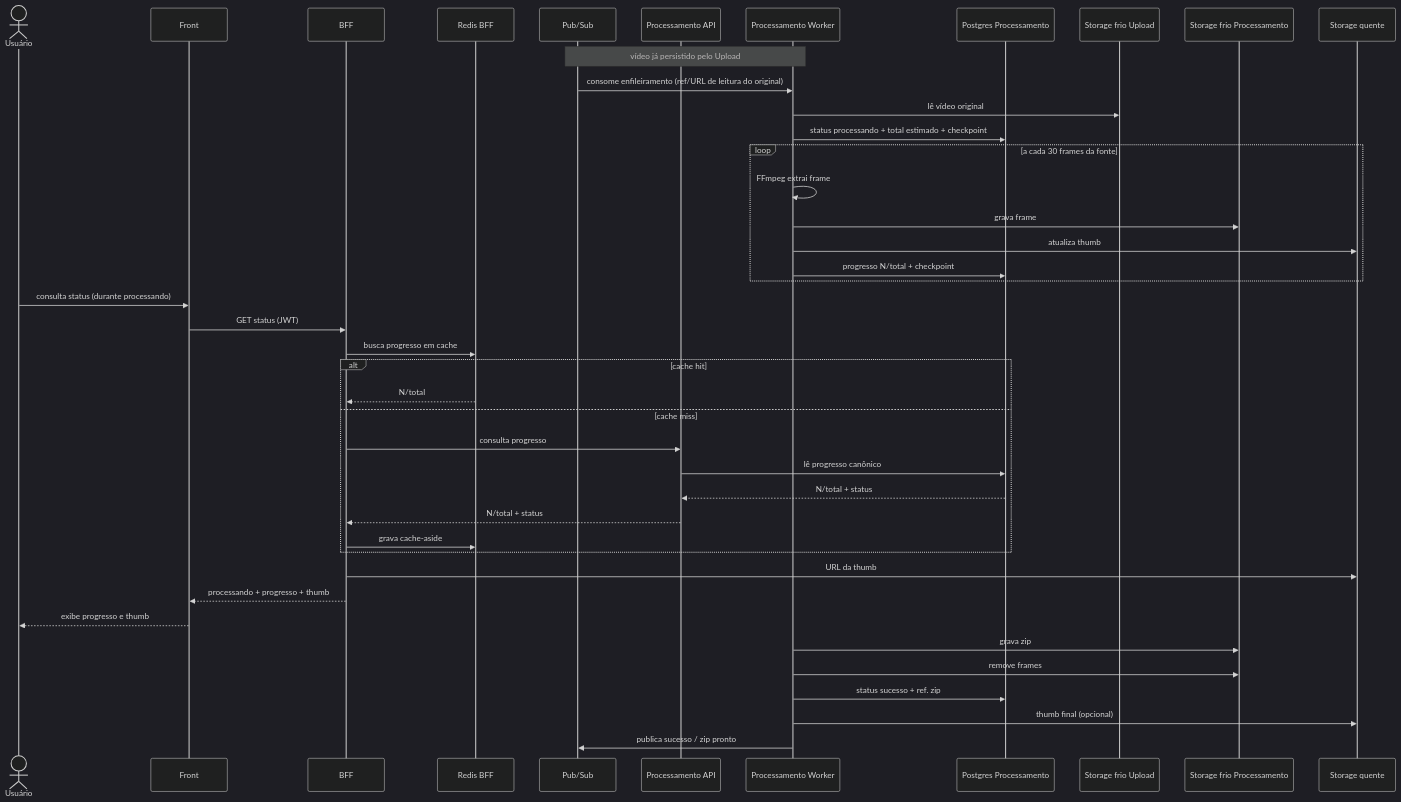
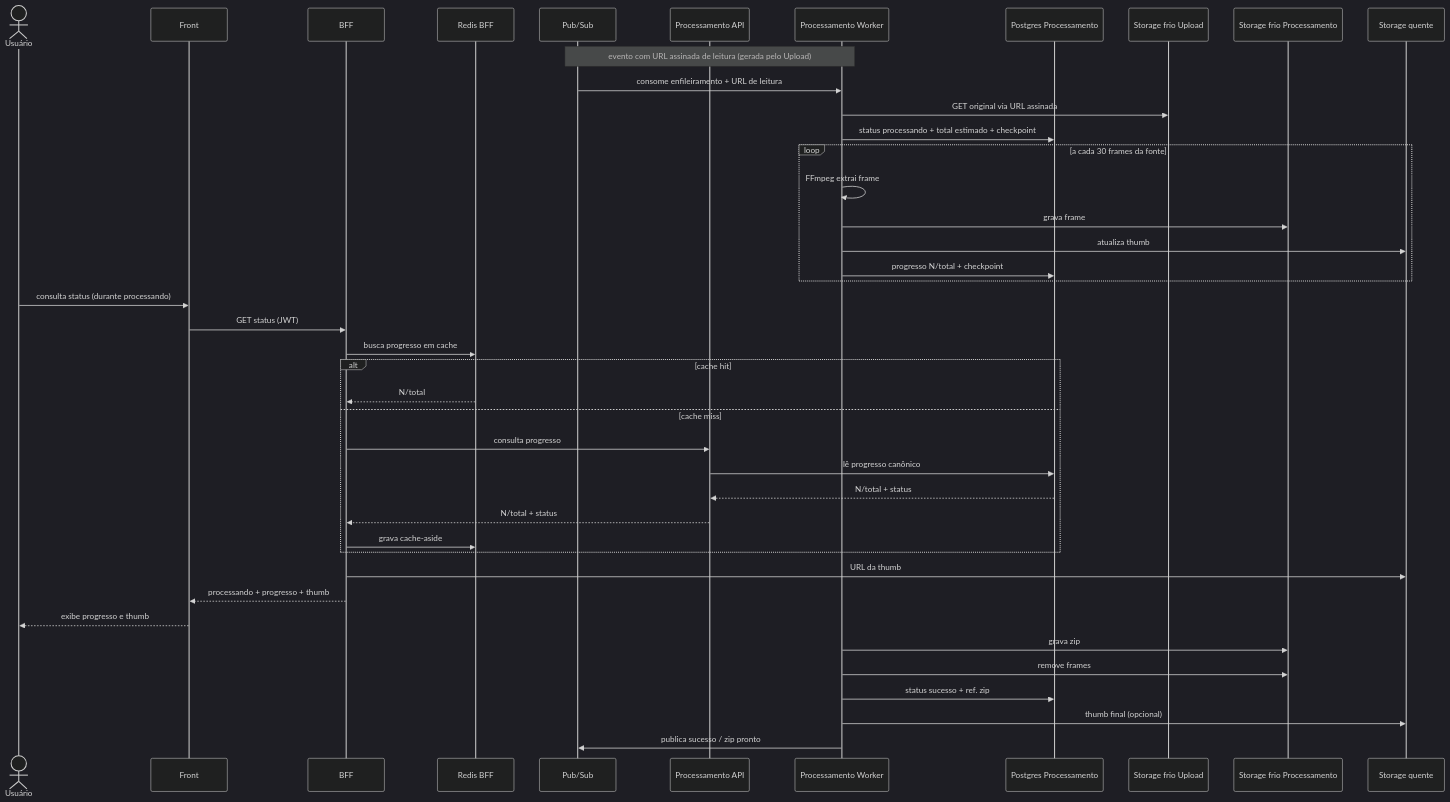
One commit to fiap-x-vcosta/docs changed the diagram in fluxo-e-estados/02_caminho-feliz-processamento.md. Above: the diagram before and after it, drawn with Mermaid (dark theme). The commit also changed 1 other file, not shown here.

Commit message:
docs: Worker obtém original só via URL assinada
Upload publica URL de leitura no evento; Processamento não
acessa o bucket do Upload por IAM próprio.

````diff
--- a/fluxo-e-estados/02_caminho-feliz-processamento.md
+++ b/fluxo-e-estados/02_caminho-feliz-processamento.md
@@ -1,48 +1,48 @@
 ```mermaid
 sequenceDiagram
   actor U as Usuário
   participant Web as Front
   participant BFF as BFF
   participant Redis as Redis BFF
   participant Bus as Pub/Sub
   participant Api as Processamento API
   participant Worker as Processamento Worker
   participant PGP as Postgres Processamento
   participant FrioUp as Storage frio Upload
   participant FrioProc as Storage frio Processamento
   participant Quente as Storage quente
 
-  Note over Bus,Worker: vídeo já persistido pelo Upload
-  Bus->>Worker: consome enfileiramento (ref/URL de leitura do original)
-  Worker->>FrioUp: lê vídeo original
+  Note over Bus,Worker: evento com URL assinada de leitura (gerada pelo Upload)
+  Bus->>Worker: consome enfileiramento + URL de leitura
+  Worker->>FrioUp: GET original via URL assinada
   Worker->>PGP: status processando + total estimado + checkpoint
 
   loop a cada 30 frames da fonte
     Worker->>Worker: FFmpeg extrai frame
     Worker->>FrioProc: grava frame
     Worker->>Quente: atualiza thumb
     Worker->>PGP: progresso N/total + checkpoint
   end
 
   U->>Web: consulta status (durante processando)
   Web->>BFF: GET status (JWT)
   BFF->>Redis: busca progresso em cache
   alt cache hit
     Redis-->>BFF: N/total
   else cache miss
     BFF->>Api: consulta progresso
     Api->>PGP: lê progresso canônico
     PGP-->>Api: N/total + status
     Api-->>BFF: N/total + status
     BFF->>Redis: grava cache-aside
   end
   BFF->>Quente: URL da thumb
   BFF-->>Web: processando + progresso + thumb
   Web-->>U: exibe progresso e thumb
 
   Worker->>FrioProc: grava zip
   Worker->>FrioProc: remove frames
   Worker->>PGP: status sucesso + ref. zip
   Worker->>Quente: thumb final (opcional)
   Worker->>Bus: publica sucesso / zip pronto
 ```
````
